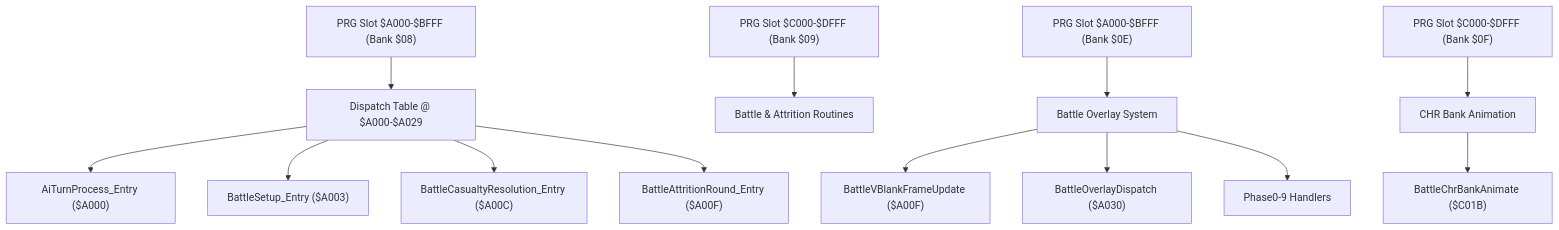
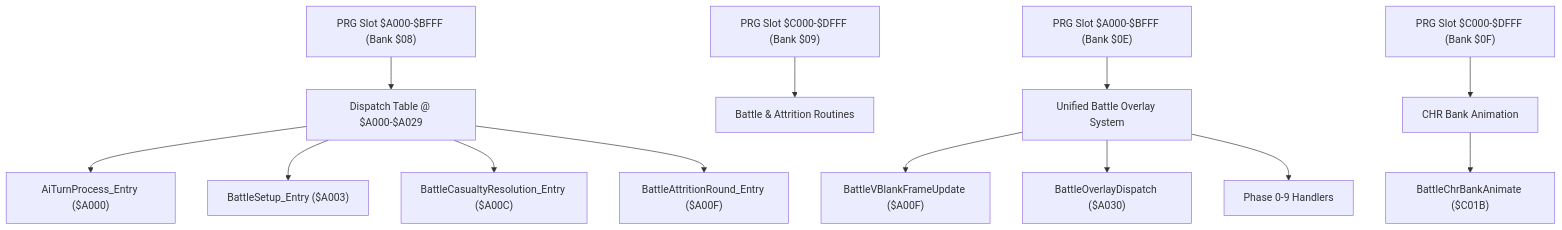
The first of 10 diagrams in .qoder/repowiki/en/content/Assembly Architecture/Bank Organization and Memory Layout/Battle and AI System - PRG Banks $08_$09.md (rabbyzero/sango2dasm), drawn with Mermaid before and after one commit. The commit also changed other lines of this file and 117 other files, not shown here.

First line of the commit message:
Align bank-wide terminology with glossary across all PRG banks

````diff
--- a/.qoder/repowiki/en/content/Assembly Architecture/Bank Organization and Memory Layout/Battle and AI System - PRG Banks $08_$09.md
+++ b/.qoder/repowiki/en/content/Assembly Architecture/Bank Organization and Memory Layout/Battle and AI System - PRG Banks $08_$09.md
@@ -48,15 +48,15 @@
 ```mermaid
 graph TB
 A["PRG Slot $A000-$BFFF (Bank $08)"] --> J["Dispatch Table @ $A000-$A029"]
 B["PRG Slot $C000-$DFFF (Bank $09)"] --> C["Battle & Attrition Routines"]
 J --> D["AiTurnProcess_Entry ($A000)"]
 J --> E["BattleSetup_Entry ($A003)"]
 J --> F["BattleCasualtyResolution_Entry ($A00C)"]
 J --> G["BattleAttritionRound_Entry ($A00F)"]
-H["PRG Slot $A000-$BFFF (Bank $0E)"] --> I["Battle Overlay System"]
+H["PRG Slot $A000-$BFFF (Bank $0E)"] --> I["Unified Battle Overlay System"]
 I --> J1["BattleVBlankFrameUpdate ($A00F)"]
 I --> J2["BattleOverlayDispatch ($A030)"]
-I --> J3["Phase0-9 Handlers"]
+I --> J3["Phase 0-9 Handlers"]
 K["PRG Slot $C000-$DFFF (Bank $0F)"] --> L["CHR Bank Animation"]
 L --> M["BattleChrBankAnimate ($C01B)"]
 ```
````
